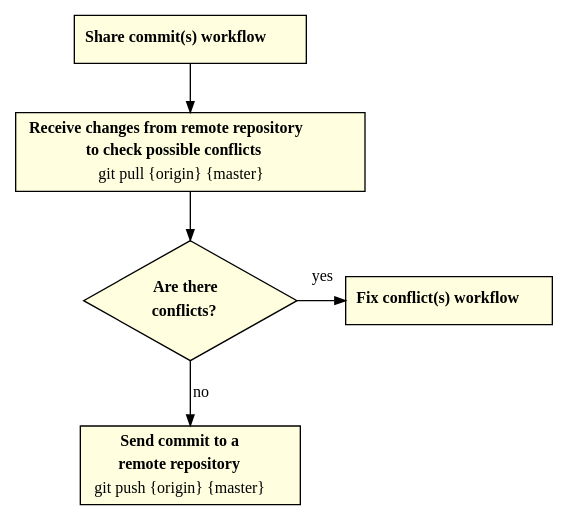
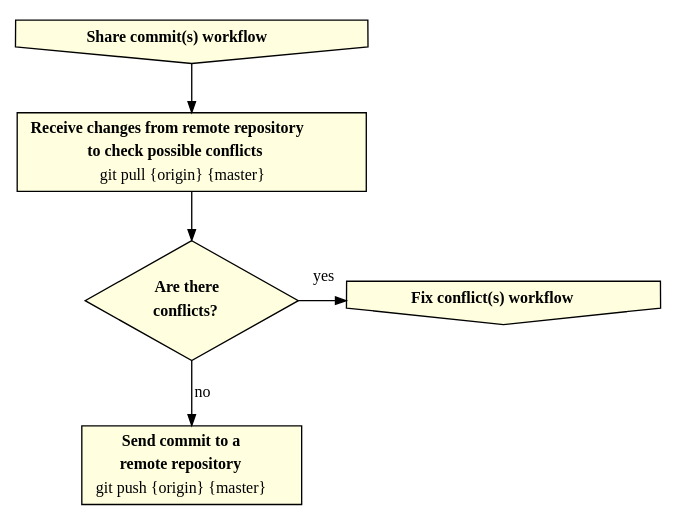
Before and after one commit to fabriciofx/gitflowchart: the diagram in flowchart/sharing-workflow.gv, drawn with Graphviz. The commit also changed 5 other files, not shown here.

Commit message:
changed workflow shape

```diff
--- a/flowchart/sharing-workflow.gv
+++ b/flowchart/sharing-workflow.gv
@@ -1,61 +1,67 @@
 digraph sharingworkflow {
     splines = line;
 
     edge [
         arrowsize = 0.8,
         fontname = "Verdana",
         fontsize = 12
     ]
 
     node [
         shape = rect,
         style = filled,
         fillcolor = lightyellow,
         fontname = "Verdana",
         fontsize = 12
     ]
 
+    // workflow
+    share_commit [
+        shape = invhouse,
+        label = <<b>Share commit(s) workflow</b>>
+    ]
+    fix_conflicts [
+        shape = invhouse,
+        label = <<b>Fix conflict(s) workflow</b>>
+    ]
+
     // decisions
     are_there_conflicts [
         shape = diamond,
         label = <
             <table border="0" cellborder="0" cellspacing="1">
             <tr><td><b>Are there</b></td></tr>
             <tr><td><b>conflicts?</b></td></tr>
             </table>
         >
     ]
-
-    // actions
-    share_commit [label = <<b>Share commit(s) workflow</b>>]
-    fix_conflicts [label = <<b>Fix conflict(s) workflow</b>>]
 
     // commands
     git_pull [
         label = <
             <table border="0" cellborder="0" cellspacing="0">
             <tr><td><b>Receive changes from remote repository</b></td></tr>
             <tr><td><b>to check possible conflicts</b></td></tr>
             <tr><td>git pull {origin} {master}</td></tr>
             </table>
         >
     ]
     git_push [
         label = <
             <table border="0" cellborder="0" cellspacing="0">
             <tr><td><b>Send commit to a</b></td></tr>
             <tr><td><b>remote repository</b></td></tr>
             <tr><td>git push {origin} {master}</td></tr>
             </table>
         >
     ]
 
     // relations
     share_commit -> git_pull
     git_pull -> are_there_conflicts
     are_there_conflicts -> git_push [label = "no"]
     are_there_conflicts:e -> fix_conflicts [label = "yes", constraint = false]
 
     // put are_there_conflicts and fix_conflicts in the same row
     { rank = same; are_there_conflicts; fix_conflicts; }
 }
```
